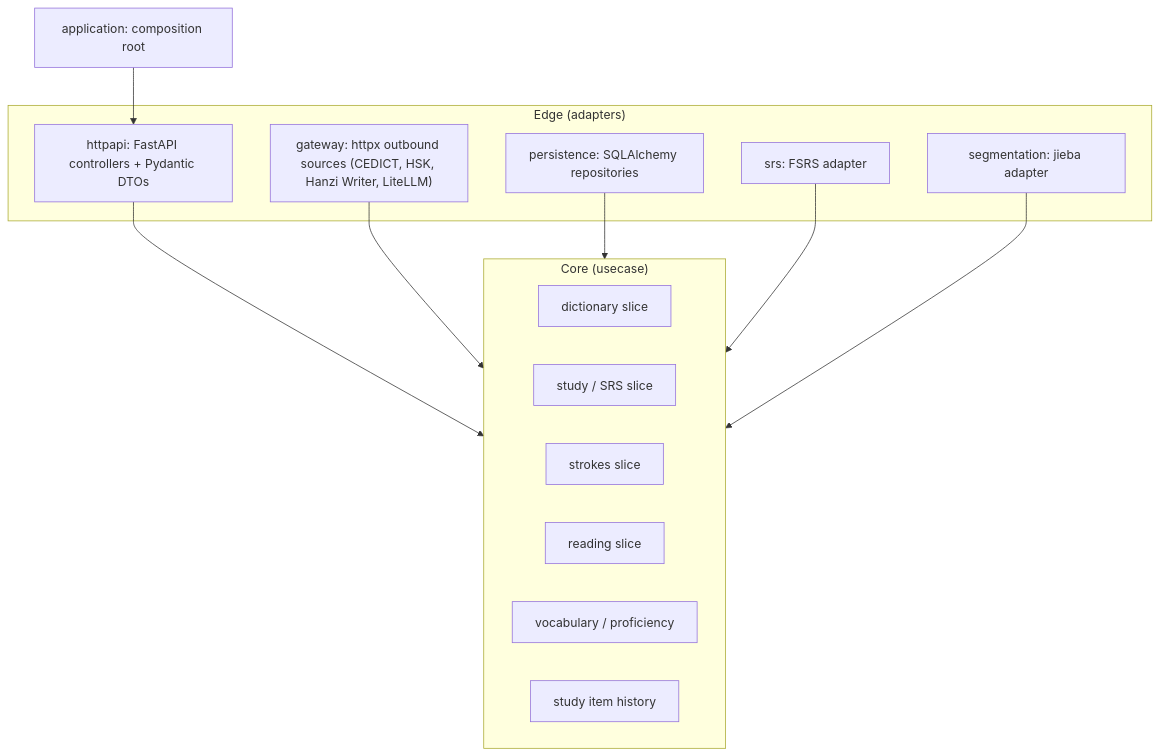
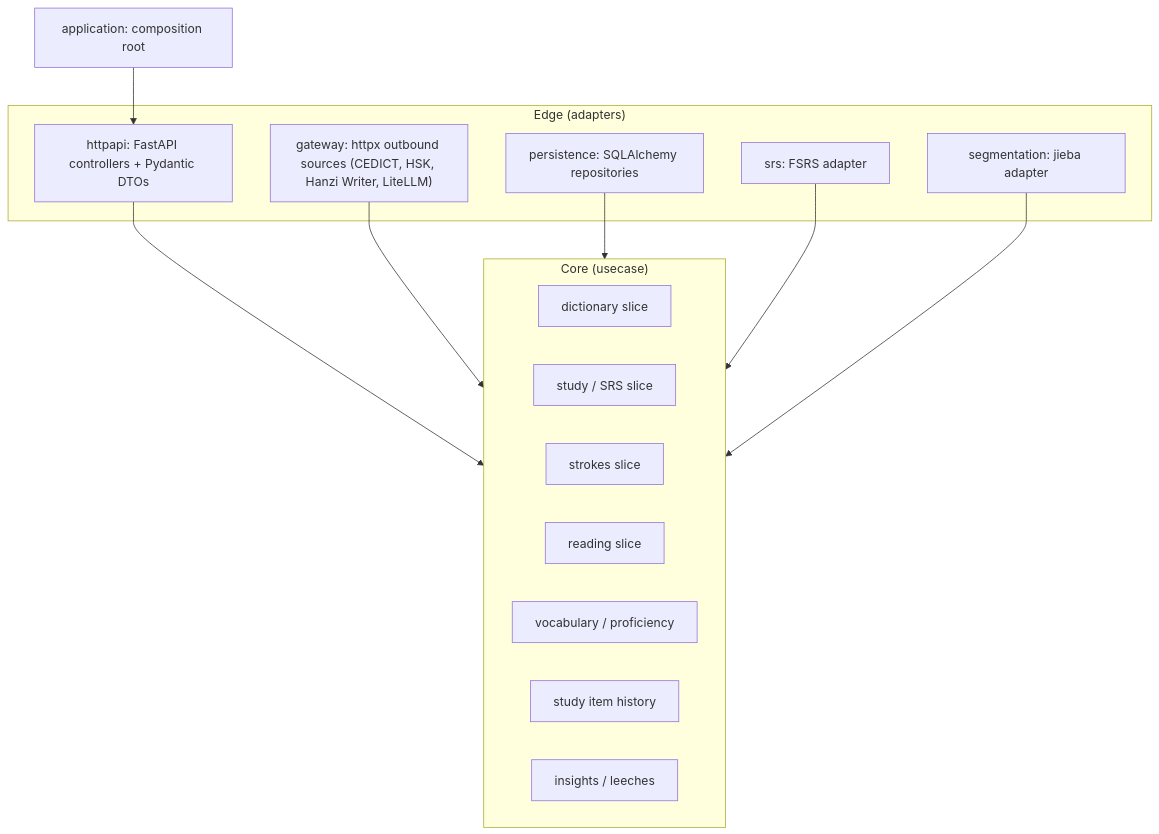
One commit to luiznaac/shougong changed the first of 5 diagrams in docs/02-architecture.md. Above: the diagram before and after it, drawn with Mermaid. The commit also changed other lines of this file and 29 other files, not shown here.

````diff
--- a/docs/02-architecture.md
+++ b/docs/02-architecture.md
@@ -13,25 +13,26 @@
 ```mermaid
 flowchart TB
     subgraph Edge["Edge (adapters)"]
         HTTP["httpapi: FastAPI controllers + Pydantic DTOs"]
         PERS["persistence: SQLAlchemy repositories"]
         GW["gateway: httpx outbound sources (CEDICT, HSK, Hanzi Writer, LiteLLM)"]
         SRS["srs: FSRS adapter"]
         SEG["segmentation: jieba adapter"]
     end
     subgraph Core["Core (usecase)"]
         DICT["dictionary slice"]
         STUDY["study / SRS slice"]
         STROKES["strokes slice"]
         READING["reading slice"]
         VOCAB["vocabulary / proficiency"]
         HIST["study item history"]
+        INSIGHTS["insights / leeches"]
     end
     APP["application: composition root"]
     APP --> HTTP
     HTTP --> Core
     GW --> Core
     PERS --> Core
     SRS --> Core
     SEG --> Core
 ```
````
